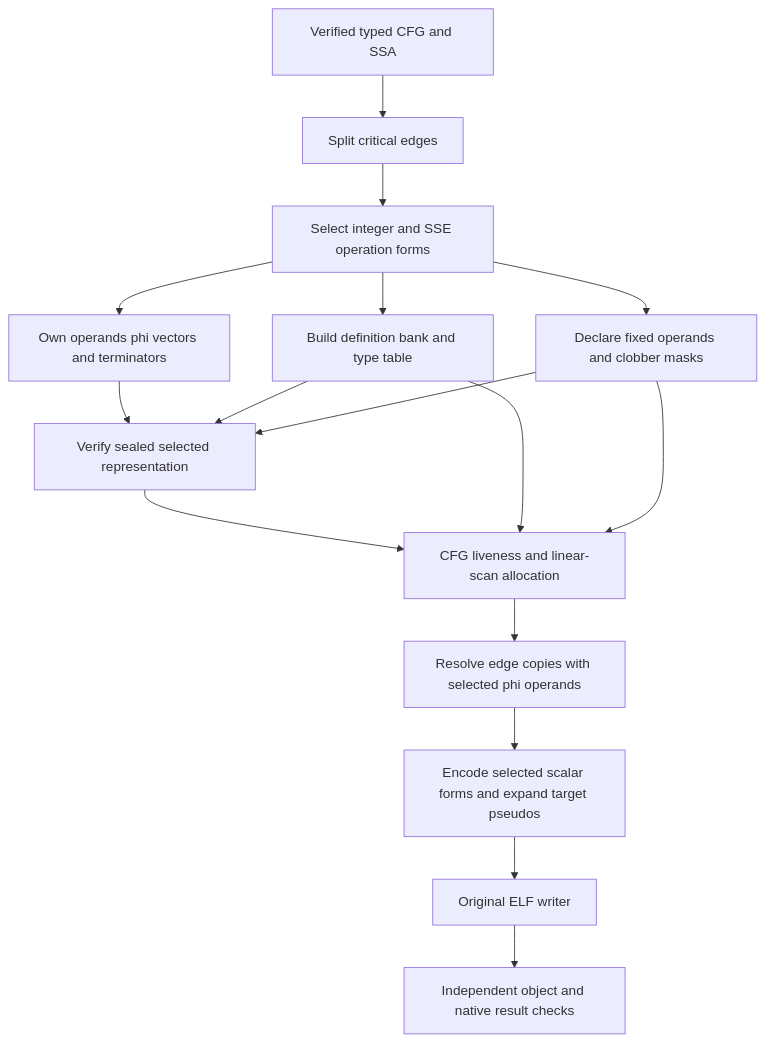
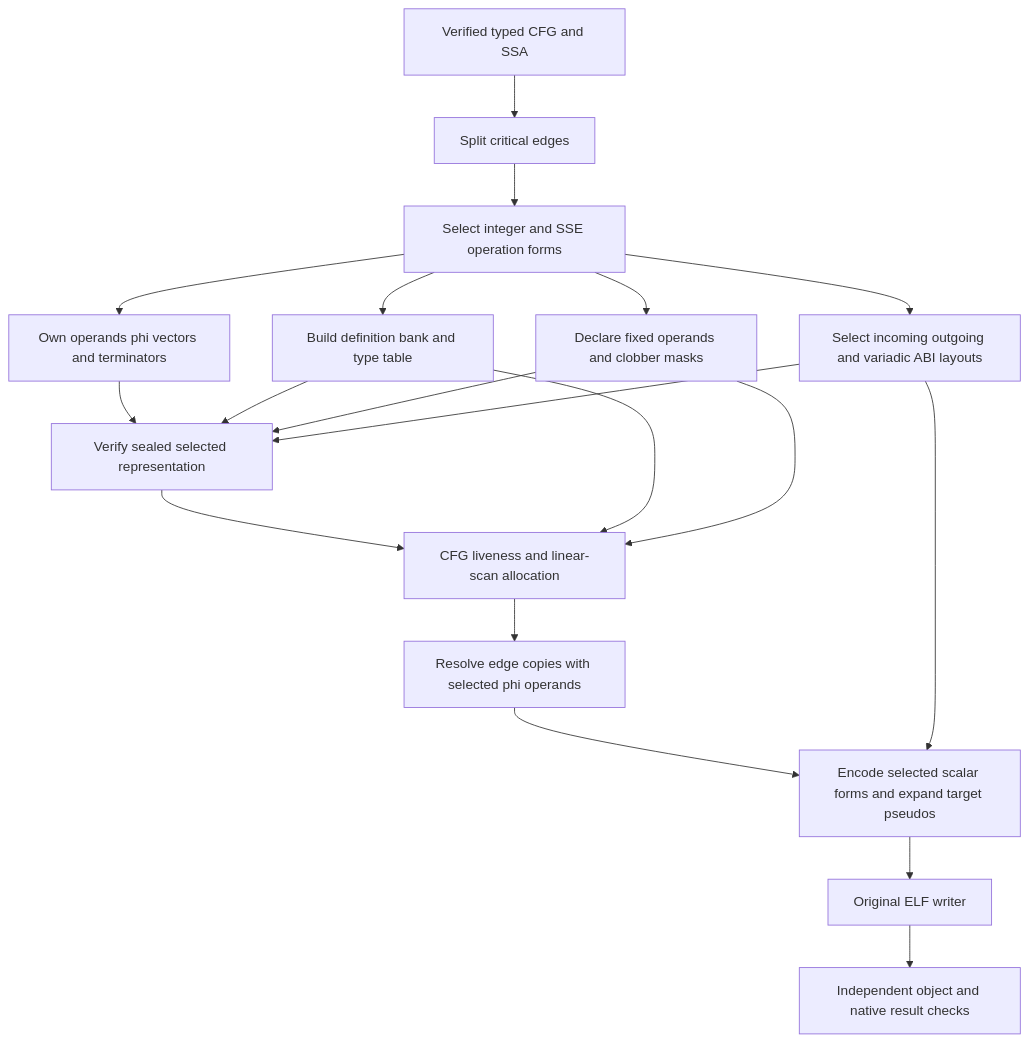
Before and after one commit to Aneesh495/cinder: the diagram in docs/diagrams/machine-selection.mmd, drawn with Mermaid. The commit also changed 14 other files, not shown here.

Commit message:
Select and verify incoming outgoing and variadic ABI plans

```diff
--- a/docs/diagrams/machine-selection.mmd
+++ b/docs/diagrams/machine-selection.mmd
@@ -1,16 +1,19 @@
 flowchart TD
   IR[Verified typed CFG and SSA] --> EDGE[Split critical edges]
   EDGE --> SELECT[Select integer and SSE operation forms]
   SELECT --> OWN[Own operands phi vectors and terminators]
   SELECT --> BANK[Build definition bank and type table]
   SELECT --> CONTRACT[Declare fixed operands and clobber masks]
+  SELECT --> ABI[Select incoming outgoing and variadic ABI layouts]
   OWN --> VERIFY[Verify sealed selected representation]
   BANK --> VERIFY
   CONTRACT --> VERIFY
+  ABI --> VERIFY
   VERIFY --> LIVE[CFG liveness and linear-scan allocation]
   BANK --> LIVE
   CONTRACT --> LIVE
   LIVE --> COPY[Resolve edge copies with selected phi operands]
   COPY --> ENCODE[Encode selected scalar forms and expand target pseudos]
+  ABI --> ENCODE
   ENCODE --> ELF[Original ELF writer]
   ELF --> CHECK[Independent object and native result checks]
```
